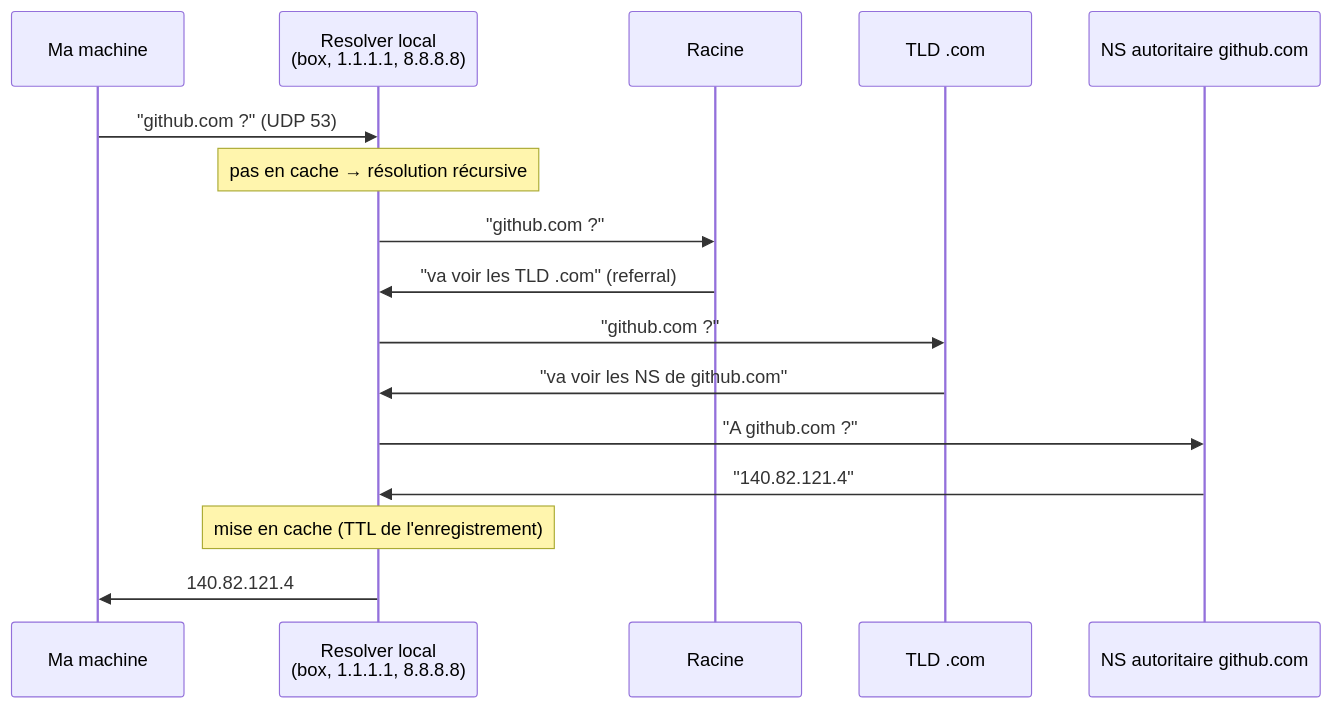
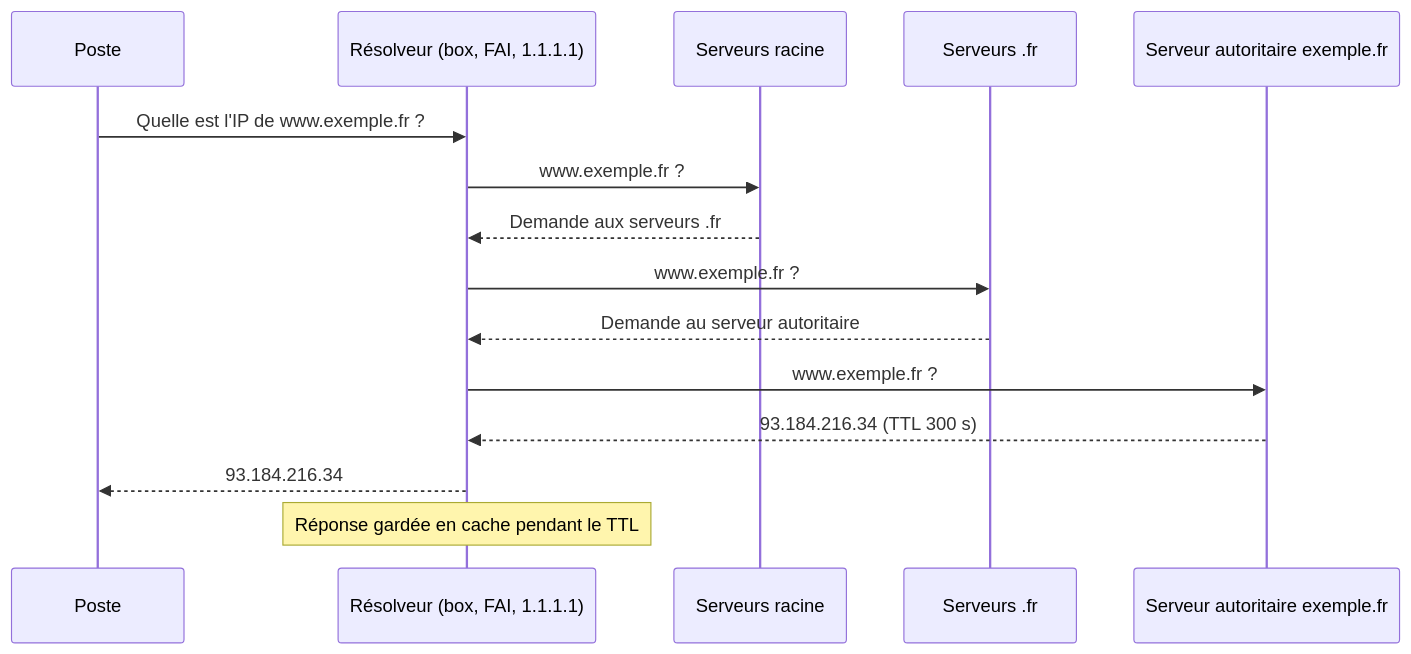
The seventh of 16 diagrams in reseaux/cours-reseaux.md (efoures/docs-cours), drawn with Mermaid before and after one commit. The commit also changed other lines of this file, not shown here.

````diff
--- a/reseaux/cours-reseaux.md
+++ b/reseaux/cours-reseaux.md
@@ -814,18 +581,17 @@
 ```mermaid
 sequenceDiagram
-    participant M as Ma machine
-    participant L as Resolver local<br/>(box, 1.1.1.1, 8.8.8.8)
-    participant R as Racine
-    participant T as TLD .com
-    participant A as NS autoritaire github.com
-    M->>L: "github.com ?" (UDP 53)
-    Note over L: pas en cache → résolution récursive
-    L->>R: "github.com ?"
-    R->>L: "va voir les TLD .com" (referral)
-    L->>T: "github.com ?"
-    T->>L: "va voir les NS de github.com"
-    L->>A: "A github.com ?"
-    A->>L: "140.82.121.4"
-    Note over L: mise en cache (TTL de l'enregistrement)
-    L->>M: 140.82.121.4
+  participant PC as Poste
+  participant R as Résolveur (box, FAI, 1.1.1.1)
+  participant Rac as Serveurs racine
+  participant TLD as Serveurs .fr
+  participant Aut as Serveur autoritaire exemple.fr
+  PC->>R: Quelle est l'IP de www.exemple.fr ?
+  R->>Rac: www.exemple.fr ?
+  Rac-->>R: Demande aux serveurs .fr
+  R->>TLD: www.exemple.fr ?
+  TLD-->>R: Demande au serveur autoritaire
+  R->>Aut: www.exemple.fr ?
+  Aut-->>R: 93.184.216.34 (TTL 300 s)
+  R-->>PC: 93.184.216.34
+  Note over R: Réponse gardée en cache pendant le TTL
 ```
````
